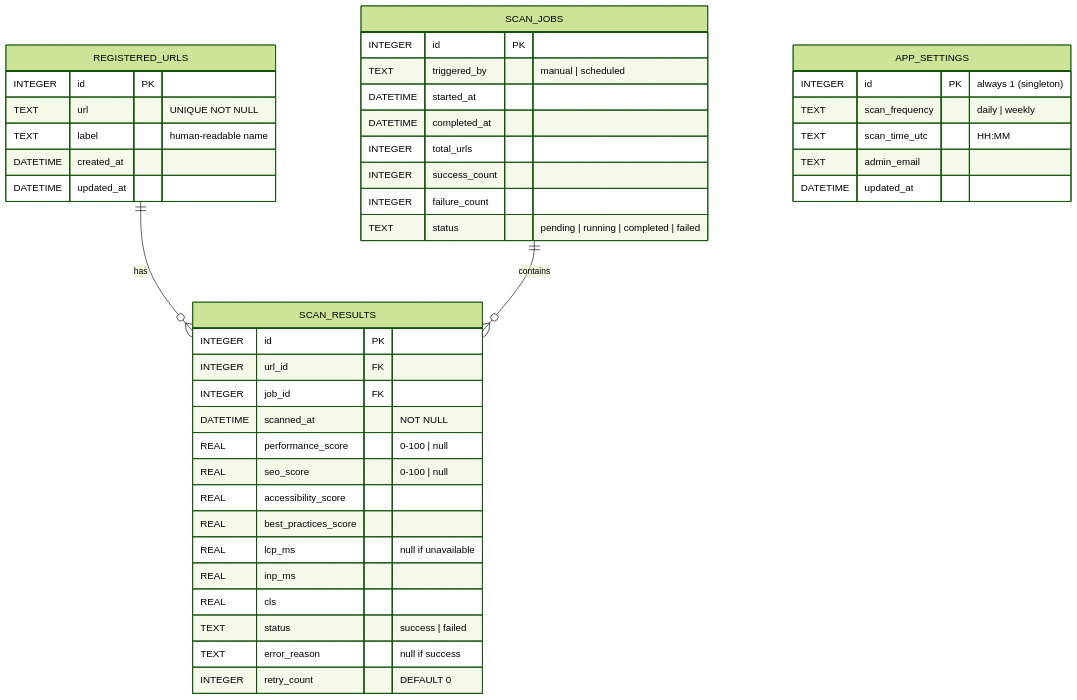
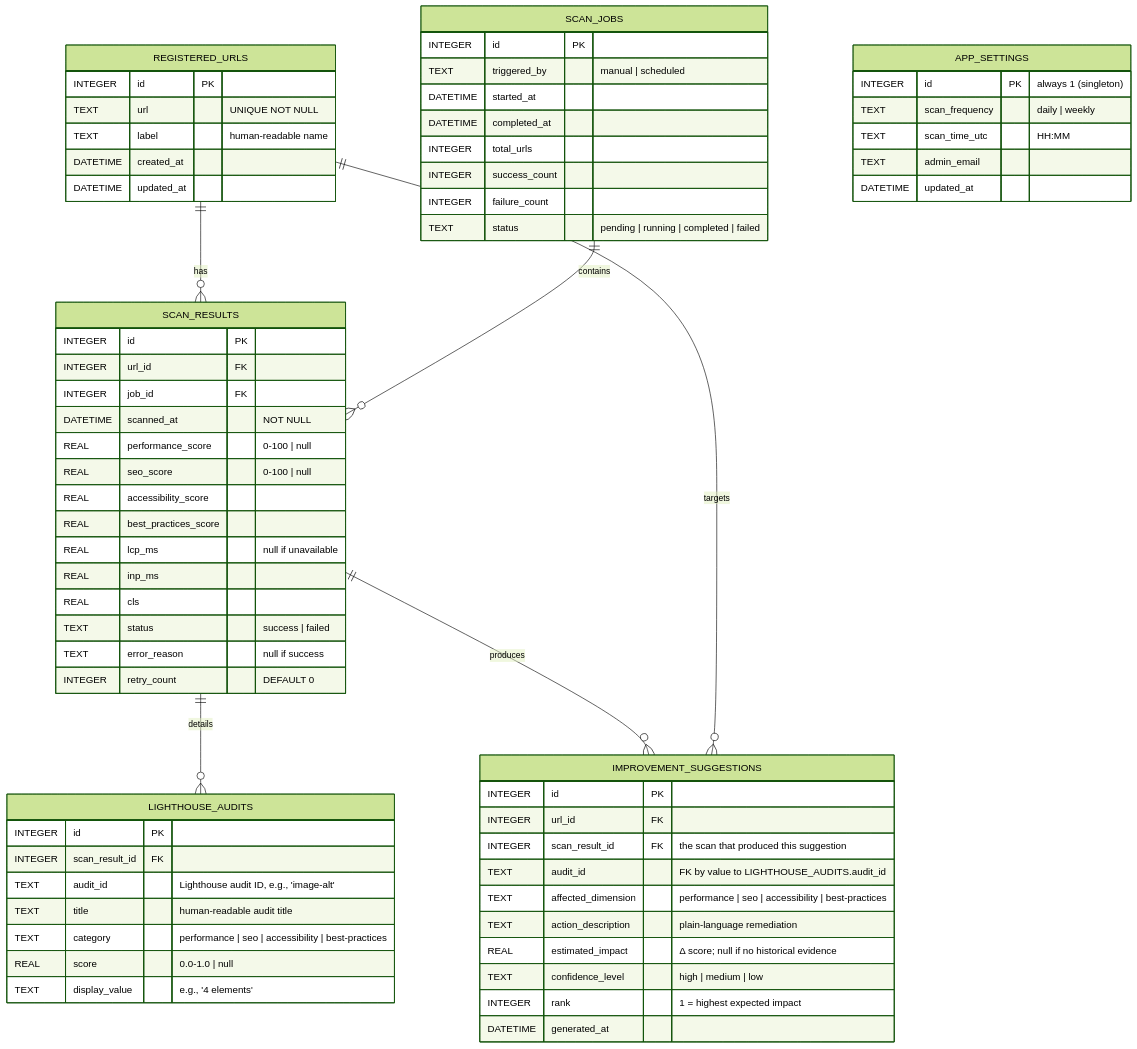
The ninth of 9 diagrams in specs/design.md (Ryosuke-Kawashima-Career/AI-SEO), drawn with Mermaid (forest theme) before and after one commit. The commit also changed other lines of this file and 5 other files, not shown here.

Commit message:
SEO improvement suggestion function has been updated to the specs.

````diff
--- a/specs/design.md
+++ b/specs/design.md
@@ -245,49 +288,75 @@
 ```mermaid
 erDiagram
     REGISTERED_URLS {
         INTEGER id PK
         TEXT    url     "UNIQUE NOT NULL"
         TEXT    label   "human-readable name"
         DATETIME created_at
         DATETIME updated_at
     }
 
     SCAN_JOBS {
         INTEGER  id PK
         TEXT     triggered_by  "manual | scheduled"
         DATETIME started_at
         DATETIME completed_at
         INTEGER  total_urls
         INTEGER  success_count
         INTEGER  failure_count
         TEXT     status  "pending | running | completed | failed"
     }
 
     SCAN_RESULTS {
         INTEGER id PK
         INTEGER url_id   FK
         INTEGER job_id   FK
         DATETIME scanned_at       "NOT NULL"
         REAL    performance_score "0-100 | null"
         REAL    seo_score         "0-100 | null"
         REAL    accessibility_score
         REAL    best_practices_score
         REAL    lcp_ms            "null if unavailable"
         REAL    inp_ms
         REAL    cls
         TEXT    status            "success | failed"
         TEXT    error_reason      "null if success"
         INTEGER retry_count       "DEFAULT 0"
     }
 
     APP_SETTINGS {
         INTEGER id PK  "always 1 (singleton)"
         TEXT    scan_frequency  "daily | weekly"
         TEXT    scan_time_utc   "HH:MM"
         TEXT    admin_email
         DATETIME updated_at
     }
 
-    REGISTERED_URLS ||--o{ SCAN_RESULTS : "has"
-    SCAN_JOBS       ||--o{ SCAN_RESULTS : "contains"
+    LIGHTHOUSE_AUDITS {
+        INTEGER id PK
+        INTEGER scan_result_id FK
+        TEXT    audit_id        "Lighthouse audit ID, e.g., 'image-alt'"
+        TEXT    title           "human-readable audit title"
+        TEXT    category        "performance | seo | accessibility | best-practices"
+        REAL    score           "0.0-1.0 | null"
+        TEXT    display_value   "e.g., '4 elements'"
+    }
+
+    IMPROVEMENT_SUGGESTIONS {
+        INTEGER id PK
+        INTEGER url_id          FK
+        INTEGER scan_result_id  FK  "the scan that produced this suggestion"
+        TEXT    audit_id        "FK by value to LIGHTHOUSE_AUDITS.audit_id"
+        TEXT    affected_dimension "performance | seo | accessibility | best-practices"
+        TEXT    action_description "plain-language remediation"
+        REAL    estimated_impact   "Δ score; null if no historical evidence"
+        TEXT    confidence_level   "high | medium | low"
+        INTEGER rank               "1 = highest expected impact"
+        DATETIME generated_at
+    }
+
+    REGISTERED_URLS ||--o{ SCAN_RESULTS         : "has"
+    SCAN_JOBS       ||--o{ SCAN_RESULTS         : "contains"
+    SCAN_RESULTS    ||--o{ LIGHTHOUSE_AUDITS    : "details"
+    SCAN_RESULTS    ||--o{ IMPROVEMENT_SUGGESTIONS : "produces"
+    REGISTERED_URLS ||--o{ IMPROVEMENT_SUGGESTIONS : "targets"
 ```
````
